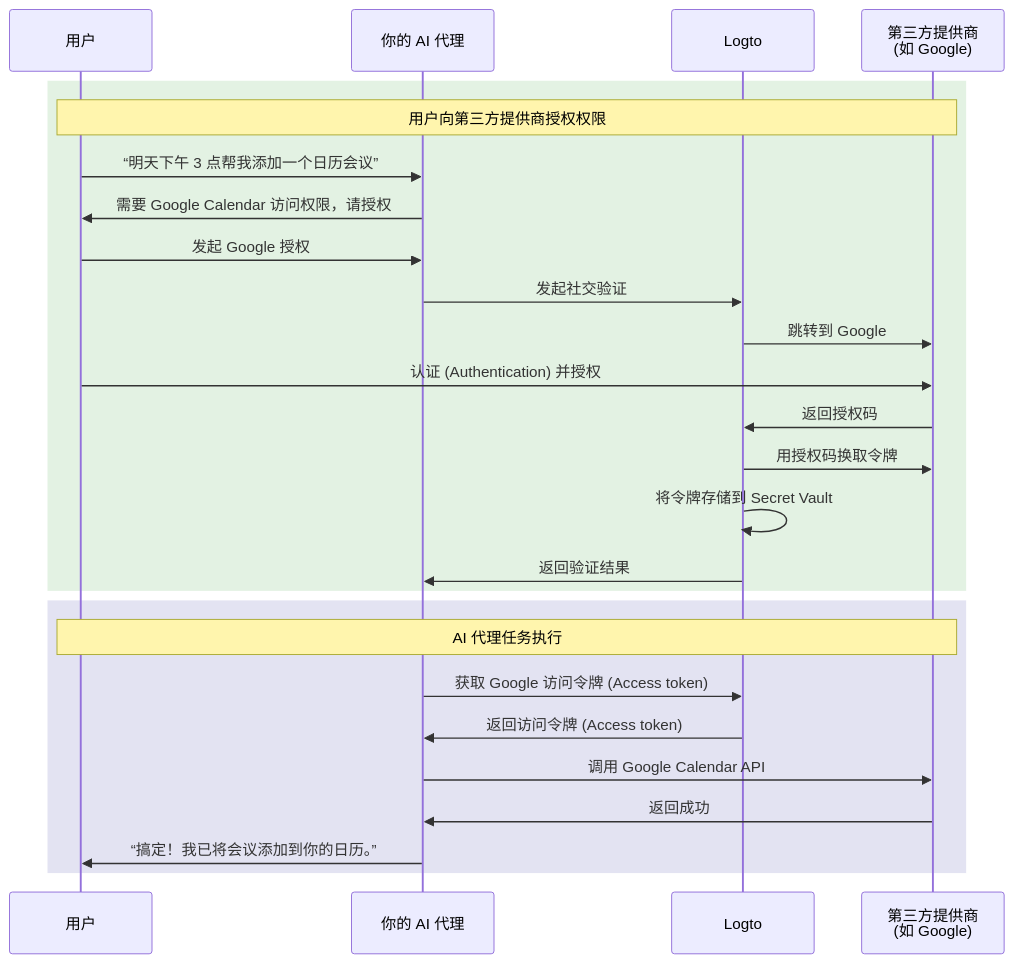
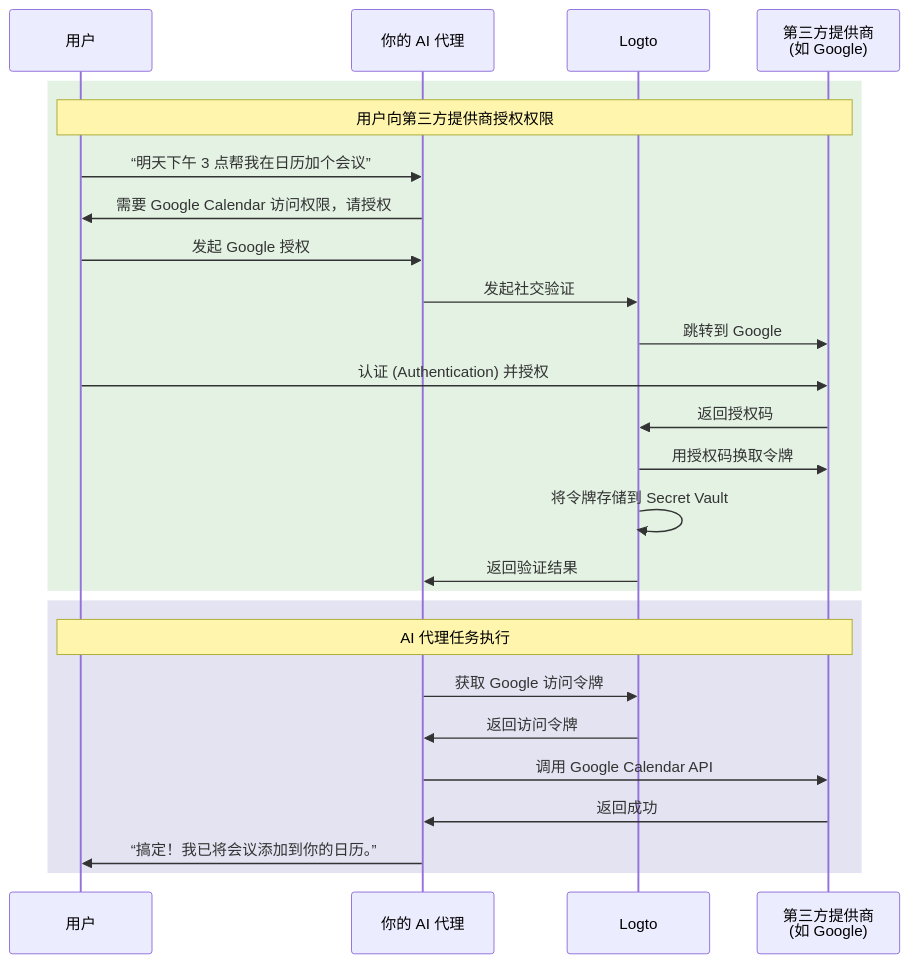
One commit to logto-io/docs changed the diagram in i18n/zh-CN/docusaurus-plugin-content-docs/current/use-cases/ai/connect-your-agent-to-third-party-apis.mdx. Above: the diagram before and after it, drawn with Mermaid. The commit also changed other lines of this file and 666 other files, not shown here.

````diff
--- a/i18n/zh-CN/docusaurus-plugin-content-docs/current/use-cases/ai/connect-your-agent-to-third-party-apis.mdx
+++ b/i18n/zh-CN/docusaurus-plugin-content-docs/current/use-cases/ai/connect-your-agent-to-third-party-apis.mdx
@@ -32,30 +32,30 @@
 ```mermaid
 sequenceDiagram
     participant User as 用户
     participant Agent as 你的 AI 代理
     participant Logto
     participant Google as 第三方提供商<br/>(如 Google)
 
     rect rgba(200, 230, 200, 0.5)
         Note over User, Google: 用户向第三方提供商授权权限
-        User->>Agent: “明天下午 3 点帮我添加一个日历会议”
+        User->>Agent: “明天下午 3 点帮我在日历加个会议”
         Agent->>User: 需要 Google Calendar 访问权限，请授权
         User->>Agent: 发起 Google 授权
         Agent->>Logto: 发起社交验证
         Logto->>Google: 跳转到 Google
         User->>Google: 认证 (Authentication) 并授权
         Google->>Logto: 返回授权码
         Logto->>Google: 用授权码换取令牌
         Logto->>Logto: 将令牌存储到 Secret Vault
         Logto->>Agent: 返回验证结果
     end
 
     rect rgba(200, 200, 230, 0.5)
         Note over User, Google: AI 代理任务执行
-        Agent->>Logto: 获取 Google 访问令牌 (Access token)
-        Logto->>Agent: 返回访问令牌 (Access token)
+        Agent->>Logto: 获取 Google 访问令牌
+        Logto->>Agent: 返回访问令牌
         Agent->>Google: 调用 Google Calendar API
         Google->>Agent: 返回成功
         Agent->>User: “搞定！我已将会议添加到你的日历。”
     end
 ```
````
